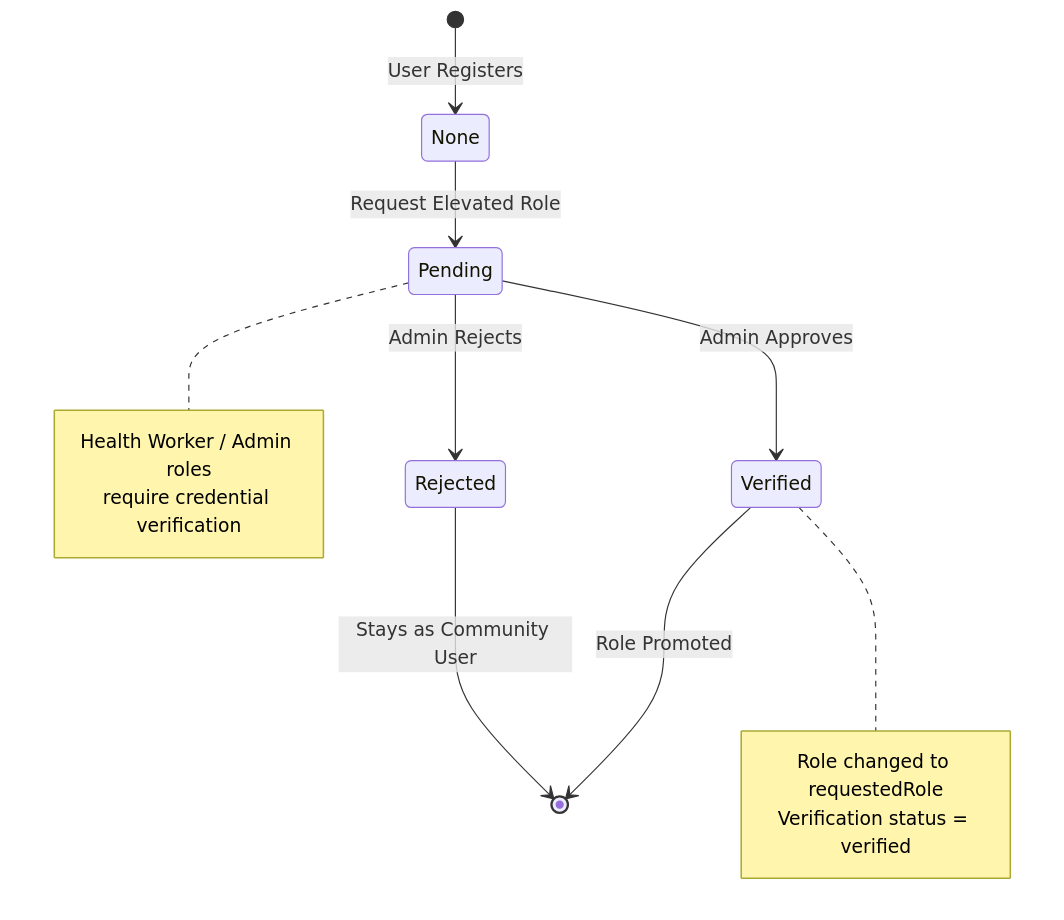
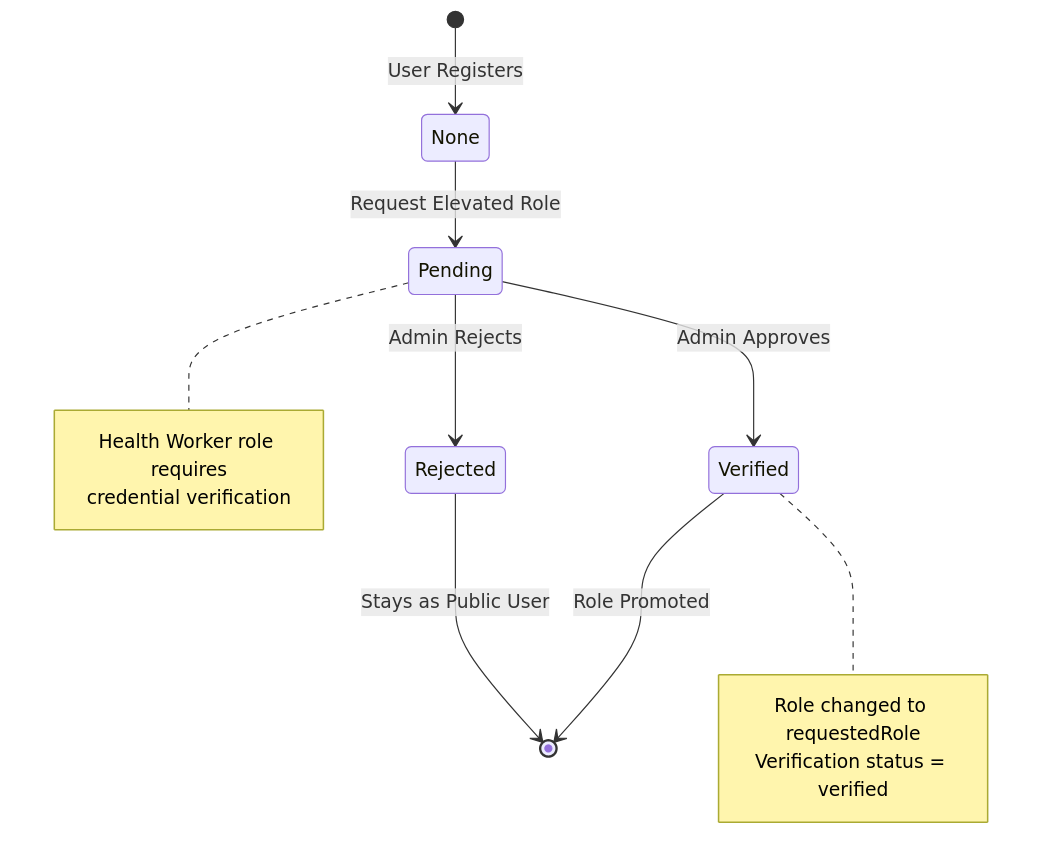
Before and after one commit to ArrinPaul/HealthNex: diagram 11 of 14 in README.md, drawn with Mermaid. The commit also changed other lines of this file and 41 other files, not shown here.

````diff
--- a/README.md
+++ b/README.md
@@ -554,19 +550,19 @@
 ```mermaid
 stateDiagram-v2
     [*] --> None: User Registers
     None --> Pending: Request Elevated Role
     Pending --> Verified: Admin Approves
     Pending --> Rejected: Admin Rejects
     Verified --> [*]: Role Promoted
-    Rejected --> [*]: Stays as Community User
+    Rejected --> [*]: Stays as Public User
 
     note right of Pending
-        Health Worker / Admin roles
-        require credential verification
+        Health Worker role requires
+        credential verification
     end note
 
     note right of Verified
         Role changed to requestedRole
         Verification status = verified
     end note
 ```
````
